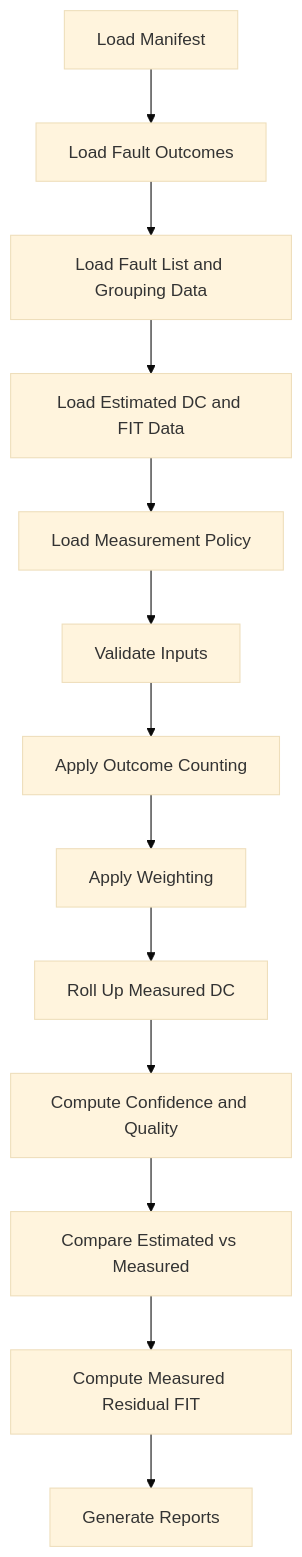
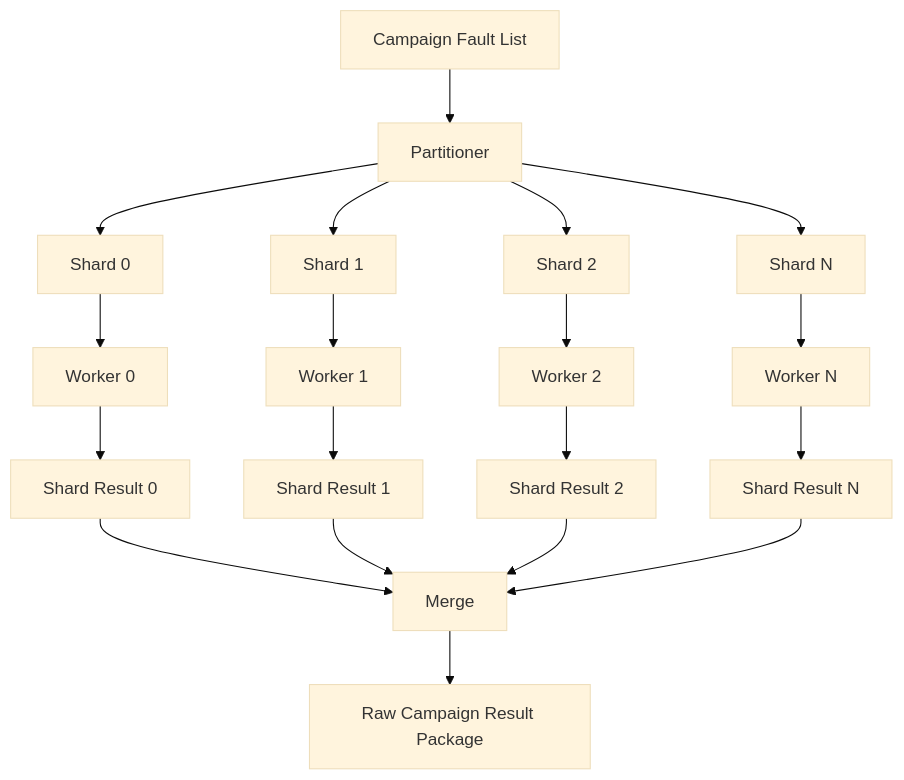
The third of 5 diagrams in articles/12_automotive_safeic_practice_d12_github_en_measured_diagnostic_coverage.md (qiqixixi1001/automotive-safeic-practice), drawn with Mermaid (base theme) before and after one commit. The commit also changed other lines of this file, not shown here.

````diff
--- a/articles/12_automotive_safeic_practice_d12_github_en_measured_diagnostic_coverage.md
+++ b/articles/12_automotive_safeic_practice_d12_github_en_measured_diagnostic_coverage.md
@@ -1161,15 +309,21 @@
 ```mermaid
 flowchart TD
-    A[Load Manifest] --> B[Load Fault Outcomes]
-    B --> C[Load Fault List and Grouping Data]
-    C --> D[Load Estimated DC and FIT Data]
-    D --> E[Load Measurement Policy]
-    E --> F[Validate Inputs]
-    F --> G[Apply Outcome Counting]
-    G --> H[Apply Weighting]
-    H --> I[Roll Up Measured DC]
-    I --> J[Compute Confidence and Quality]
-    J --> K[Compare Estimated vs Measured]
-    K --> L[Compute Measured Residual FIT]
-    L --> M[Generate Reports]
+    A[Campaign Fault List] --> B[Partitioner]
+    B --> C[Shard 0]
+    B --> D[Shard 1]
+    B --> E[Shard 2]
+    B --> F[Shard N]
+    C --> G[Worker 0]
+    D --> H[Worker 1]
+    E --> I[Worker 2]
+    F --> J[Worker N]
+    G --> K[Shard Result 0]
+    H --> L[Shard Result 1]
+    I --> M[Shard Result 2]
+    J --> N[Shard Result N]
+    K --> O[Merge]
+    L --> O
+    M --> O
+    N --> O
+    O --> P[Raw Campaign Result Package]
 ```
````
